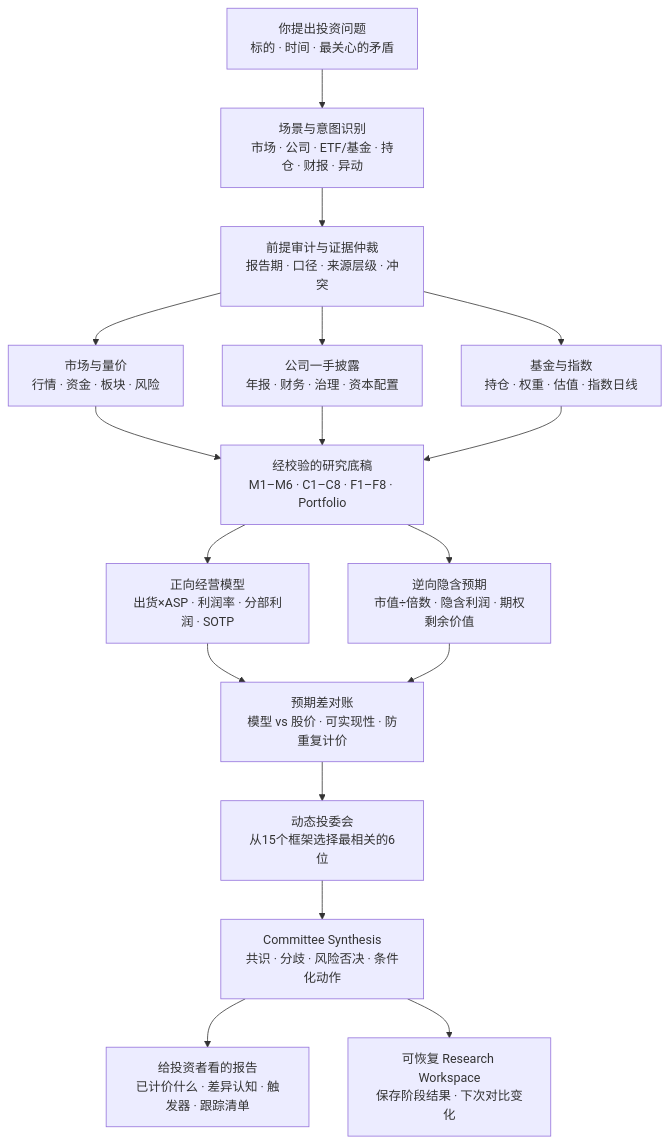
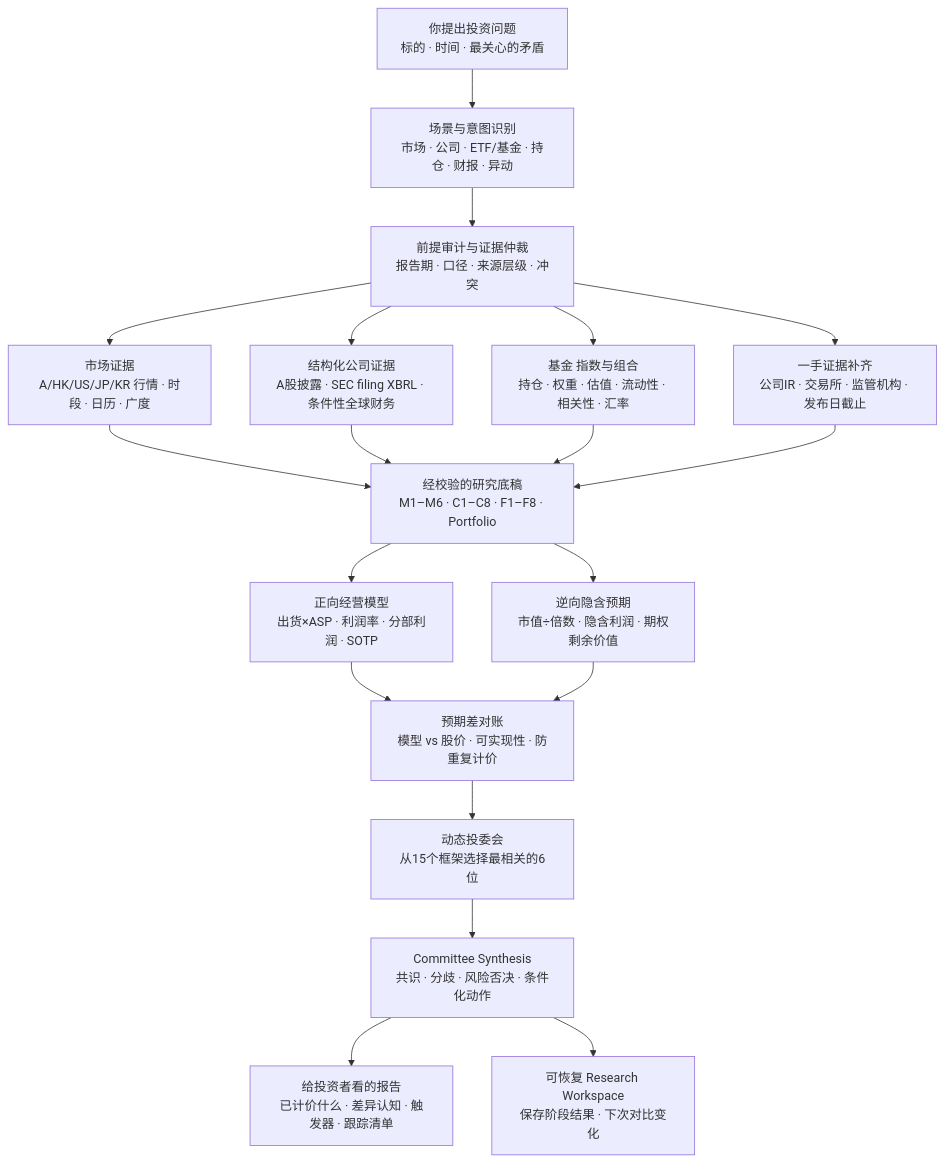
One commit to AdvancingTitans/stock-analysis changed the first of 2 diagrams in README.zh-CN.md. Above: the diagram before and after it, drawn with Mermaid. The commit also changed other lines of this file and 73 other files, not shown here.

````diff
--- a/README.zh-CN.md
+++ b/README.zh-CN.md
@@ -134,19 +136,21 @@
 ```mermaid
 flowchart TB
     U["你提出投资问题\n标的 · 时间 · 最关心的矛盾"] --> I["场景与意图识别\n市场 · 公司 · ETF/基金 · 持仓 · 财报 · 异动"]
     I --> P["前提审计与证据仲裁\n报告期 · 口径 · 来源层级 · 冲突"]
-    P --> C1["市场与量价\n行情 · 资金 · 板块 · 风险"]
-    P --> C2["公司一手披露\n年报 · 财务 · 治理 · 资本配置"]
-    P --> C3["基金与指数\n持仓 · 权重 · 估值 · 指数日线"]
+    P --> C1["市场证据\nA/HK/US/JP/KR 行情 · 时段 · 日历 · 广度"]
+    P --> C2["结构化公司证据\nA股披露 · SEC filing XBRL · 条件性全球财务"]
+    P --> C3["基金 指数与组合\n持仓 · 权重 · 估值 · 流动性 · 相关性 · 汇率"]
+    P --> C4["一手证据补齐\n公司IR · 交易所 · 监管机构 · 发布日截止"]
     C1 --> V["经校验的研究底稿\nM1–M6 · C1–C8 · F1–F8 · Portfolio"]
     C2 --> V
     C3 --> V
+    C4 --> V
     V --> F["正向经营模型\n出货×ASP · 利润率 · 分部利润 · SOTP"]
     V --> B["逆向隐含预期\n市值÷倍数 · 隐含利润 · 期权剩余价值"]
     F --> G["预期差对账\n模型 vs 股价 · 可实现性 · 防重复计价"]
     B --> G
     G --> K["动态投委会\n从15个框架选择最相关的6位"]
     K --> S["Committee Synthesis\n共识 · 分歧 · 风险否决 · 条件化动作"]
     S --> R["给投资者看的报告\n已计价什么 · 差异认知 · 触发器 · 跟踪清单"]
     S --> W["可恢复 Research Workspace\n保存阶段结果 · 下次对比变化"]
 ```
````
